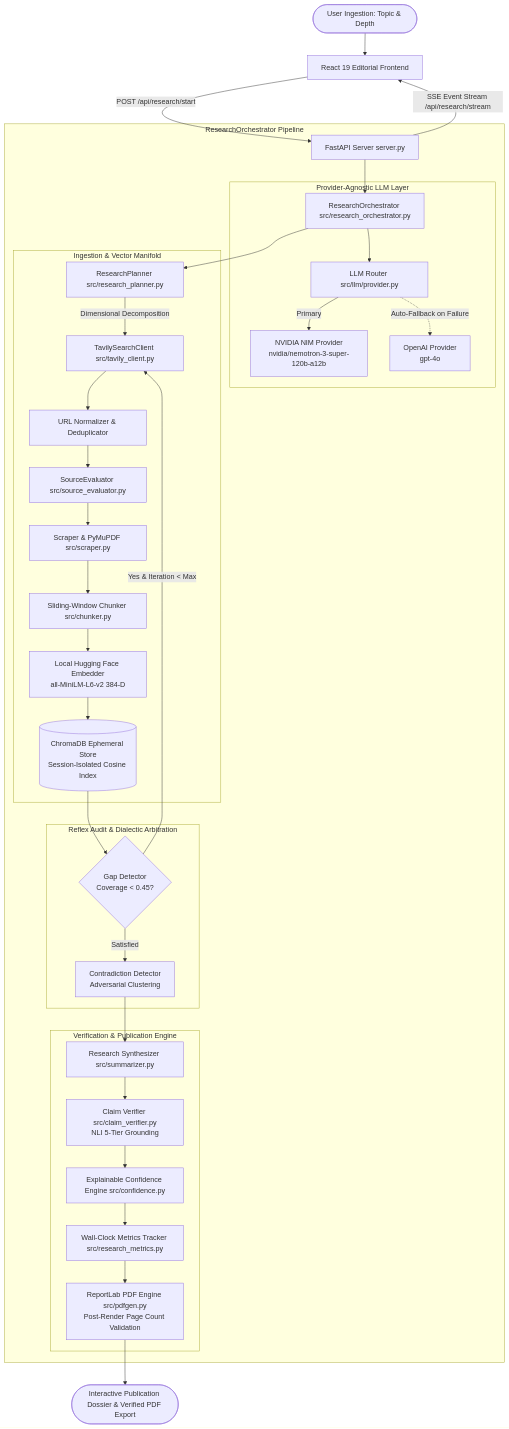
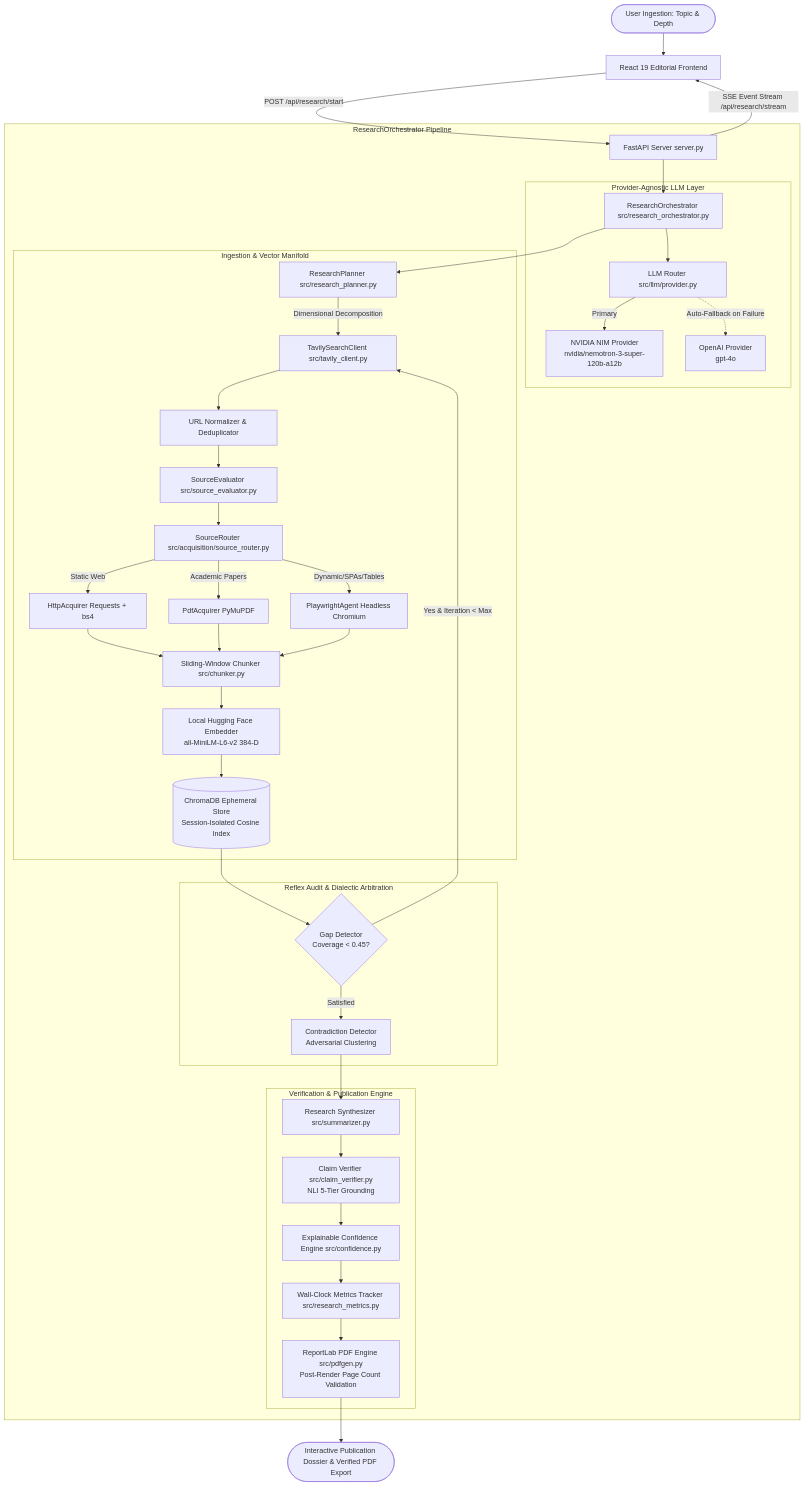
Before and after one commit to JustXutkarsh/Agentic-Resarch-Pro: the diagram in README.md, drawn with Mermaid. The commit also changed other lines of this file and 14 other files, not shown here.

Commit message:
feat(acquisition): integrate task-oriented Playwright research acquisition agent and multi-engine router

````diff
--- a/README.md
+++ b/README.md
@@ -79,43 +86,48 @@
 ```mermaid
 flowchart TD
     User([User Ingestion: Topic & Depth]) --> WebApp[React 19 Editorial Frontend]
     WebApp -->|POST /api/research/start| API[FastAPI Server server.py]
     API -->|SSE Event Stream /api/research/stream| WebApp
     
     subgraph Multi_Agent_Orchestrator [ResearchOrchestrator Pipeline]
         API --> Orchestrator[ResearchOrchestrator src/research_orchestrator.py]
         
         subgraph LLM_Provider_Layer [Provider-Agnostic LLM Layer]
             Orchestrator --> LLMRouter[LLM Router src/llm/provider.py]
             LLMRouter -->|Primary| NvidiaProvider[NVIDIA NIM Provider\nnvidia/nemotron-3-super-120b-a12b]
             LLMRouter -.->|Auto-Fallback on Failure| OpenAIProvider[OpenAI Provider\ngpt-4o]
         end
 
         subgraph Ingestion_And_Indexing [Ingestion & Vector Manifold]
             Orchestrator --> Planner[ResearchPlanner src/research_planner.py]
             Planner -->|Dimensional Decomposition| TavilyClient[TavilySearchClient src/tavily_client.py]
             TavilyClient --> Deduplicator[URL Normalizer & Deduplicator]
             Deduplicator --> Evaluator[SourceEvaluator src/source_evaluator.py]
-            Evaluator --> Scraper[Scraper & PyMuPDF src/scraper.py]
-            Scraper --> Chunker[Sliding-Window Chunker src/chunker.py]
+            Evaluator --> Router[SourceRouter src/acquisition/source_router.py]
+            Router -->|Static Web| HttpAcq[HttpAcquirer Requests + bs4]
+            Router -->|Academic Papers| PdfAcq[PdfAcquirer PyMuPDF]
+            Router -->|Dynamic/SPAs/Tables| PwAgent[PlaywrightAgent Headless Chromium]
+            HttpAcq --> Chunker[Sliding-Window Chunker src/chunker.py]
+            PdfAcq --> Chunker
+            PwAgent --> Chunker
             Chunker --> LocalEmbedder[Local Hugging Face Embedder\nall-MiniLM-L6-v2 384-D]
             LocalEmbedder --> ChromaStore[(ChromaDB Ephemeral Store\nSession-Isolated Cosine Index)]
         end
 
         subgraph Reflex_And_Debate [Reflex Audit & Dialectic Arbitration]
             ChromaStore --> GapDetector{Gap Detector\nCoverage < 0.45?}
             GapDetector -->|Yes & Iteration < Max| TavilyClient
             GapDetector -->|Satisfied| ContradictionDetector[Contradiction Detector\nAdversarial Clustering]
         end
 
         subgraph Synthesis_And_Verification [Verification & Publication Engine]
             ContradictionDetector --> Synthesizer[Research Synthesizer src/summarizer.py]
             Synthesizer --> ClaimVerifier[Claim Verifier src/claim_verifier.py\nNLI 5-Tier Grounding]
             ClaimVerifier --> ConfidenceEngine[Explainable Confidence Engine src/confidence.py]
             ConfidenceEngine --> MetricsTracker[Wall-Clock Metrics Tracker src/research_metrics.py]
             MetricsTracker --> PDFGen[ReportLab PDF Engine src/pdfgen.py\nPost-Render Page Count Validation]
         end
     end
 
     PDFGen --> FinalOutput([Interactive Publication Dossier & Verified PDF Export])
 ```
````
